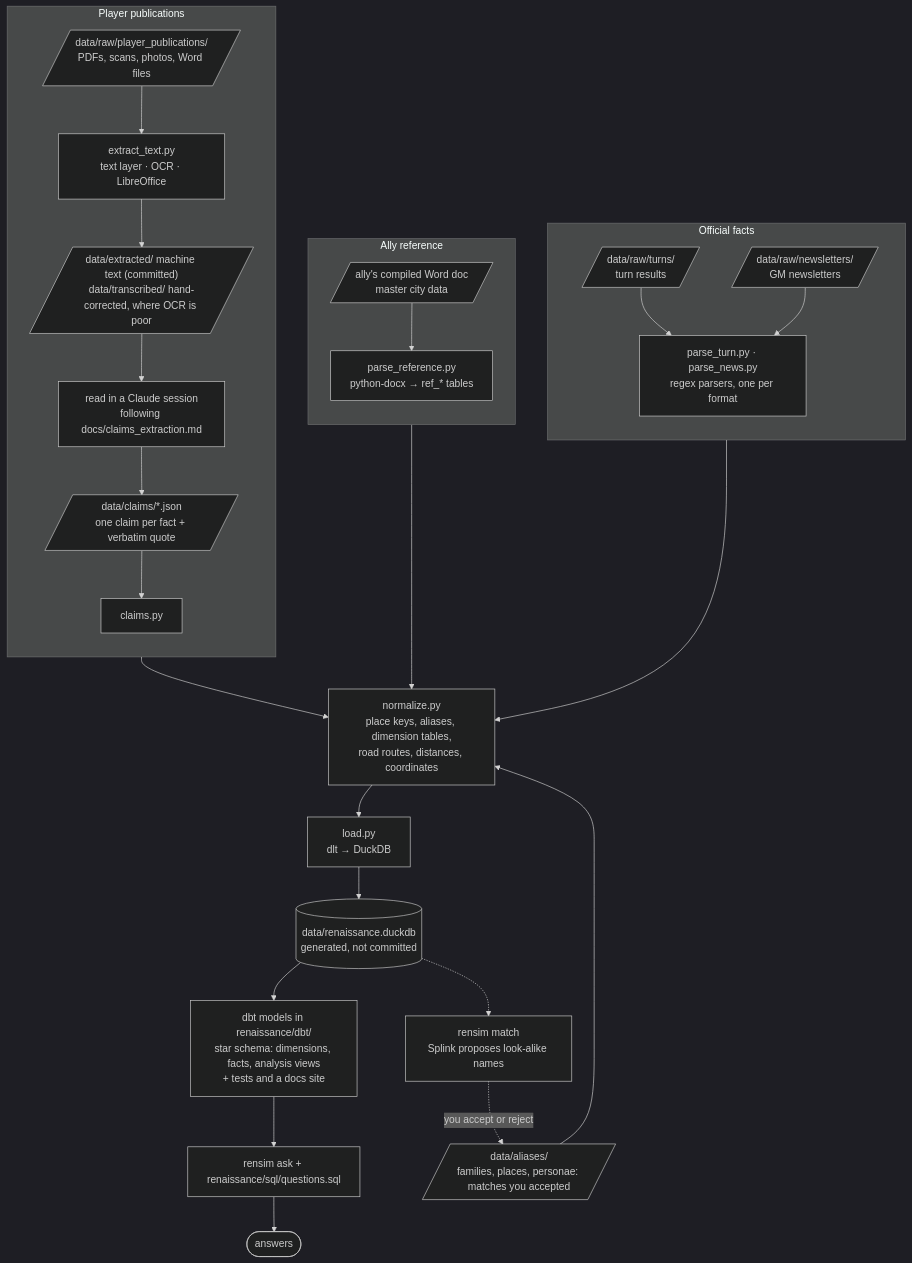
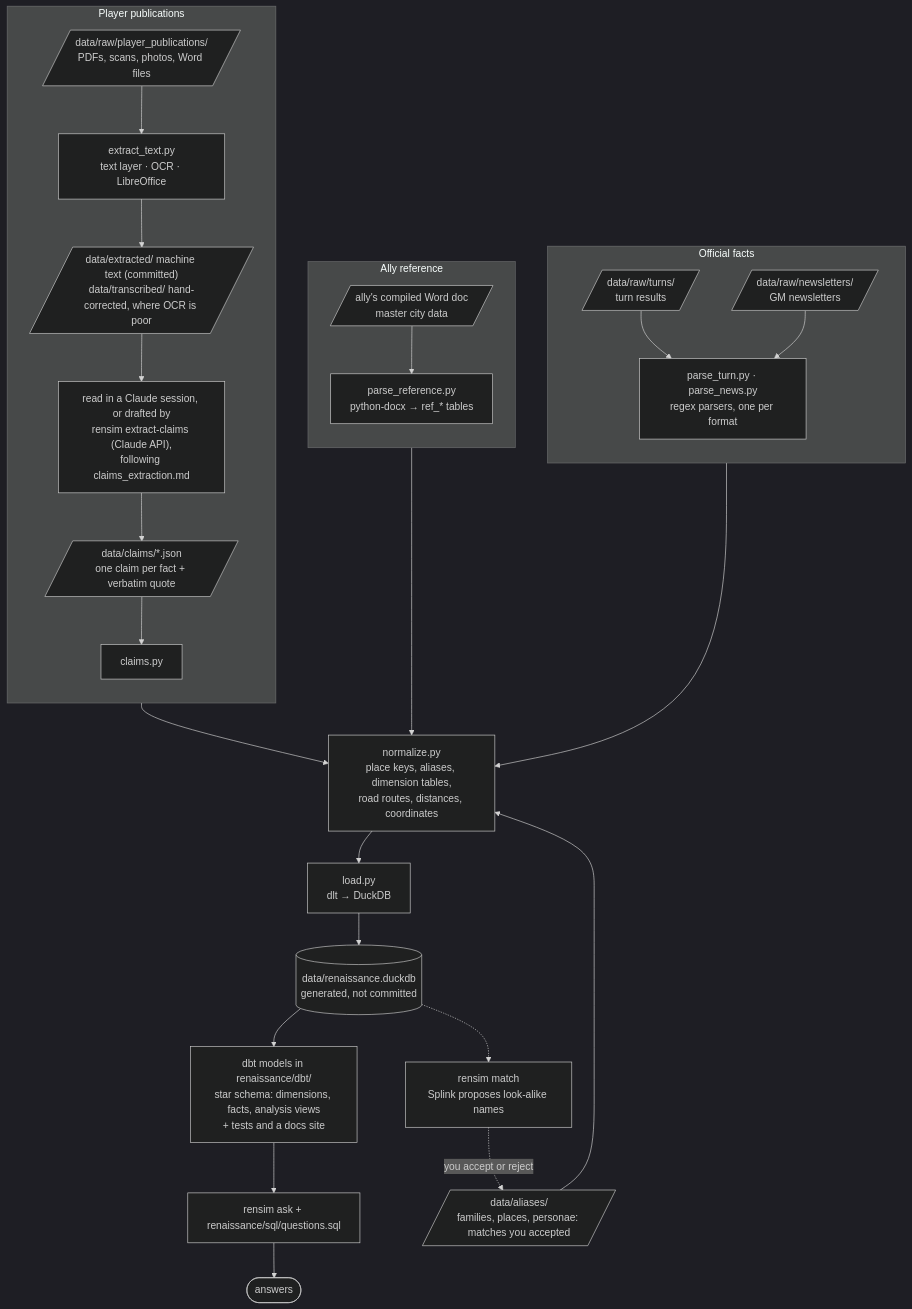
The first of 2 diagrams in docs/architecture.md (matt-a-t/rensim-tools), drawn with Mermaid (dark theme) before and after one commit. The commit also changed other lines of this file and 11 other files, not shown here.

````diff
--- a/docs/architecture.md
+++ b/docs/architecture.md
@@ -8,45 +8,45 @@
 ```mermaid
 flowchart TB
   subgraph official[Official facts]
     direction TB
     turns[/"data/raw/turns/<br/>turn results"/]
     news[/"data/raw/newsletters/<br/>GM newsletters"/]
     pturn["parse_turn.py · parse_news.py<br/>regex parsers, one per format"]
     turns --> pturn
     news --> pturn
   end
 
   subgraph ally[Ally reference]
     direction TB
     refdoc[/"ally's compiled Word doc<br/>master city data"/]
     pref["parse_reference.py<br/>python-docx → ref_* tables"]
     refdoc --> pref
   end
 
   subgraph claims[Player publications]
     direction TB
     pubs[/"data/raw/player_publications/<br/>PDFs, scans, photos, Word files"/]
     extract["extract_text.py<br/>text layer · OCR · LibreOffice"]
     text[/"data/extracted/ machine text (committed)<br/>data/transcribed/ hand-corrected, where OCR is poor"/]
-    session["read in a Claude session<br/>following docs/claims_extraction.md"]
+    session["read in a Claude session, or drafted by<br/>rensim extract-claims (Claude API),<br/>following claims_extraction.md"]
     cjson[/"data/claims/*.json<br/>one claim per fact + verbatim quote"/]
     pclaims["claims.py"]
     pubs --> extract --> text --> session --> cjson --> pclaims
   end
 
   aliases[/"data/aliases/<br/>families, places, personae: matches you accepted"/]
   normalize["normalize.py<br/>place keys, aliases, dimension tables,<br/>road routes, distances, coordinates"]
   load["load.py<br/>dlt → DuckDB"]
   db[("data/renaissance.duckdb<br/>generated, not committed")]
   views["dbt models in renaissance/dbt/<br/>star schema: dimensions, facts, analysis views<br/>+ tests and a docs site"]
   ask["rensim ask + renaissance/sql/questions.sql"]
   answers(["answers"])
 
   pturn --> normalize
   pref --> normalize
   pclaims --> normalize
   aliases --> normalize
   normalize --> load --> db --> views --> ask --> answers
   match["rensim match<br/>Splink proposes look-alike names"]
   db -.-> match -.->|"you accept or reject"| aliases
 ```
````
